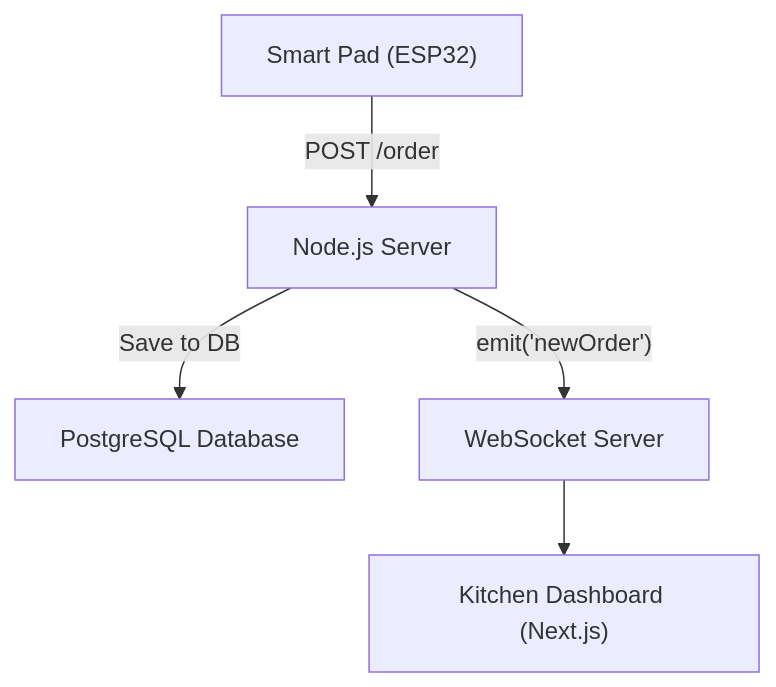
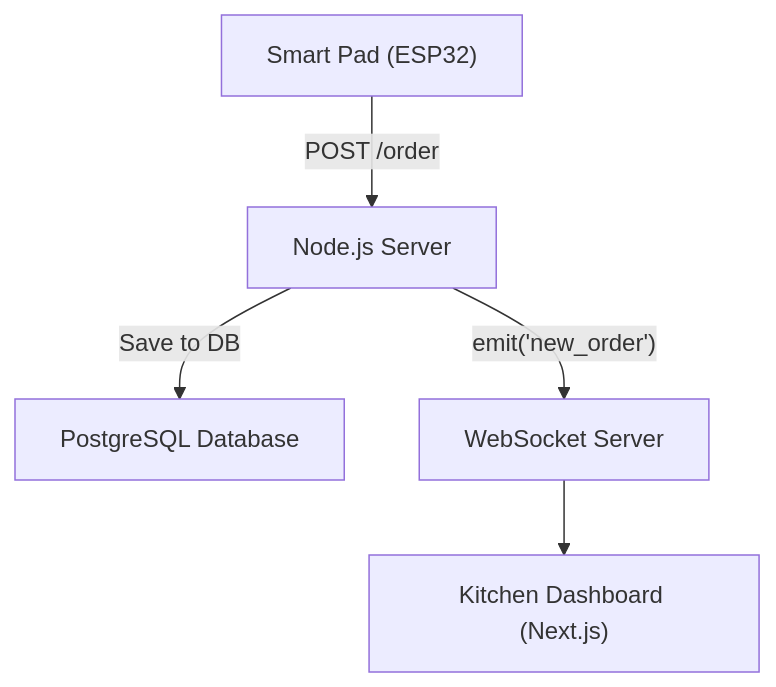
The first of 2 diagrams in README.md (sarwat33/Team-Shockwave-in-MIE-Robolution), drawn with Mermaid before and after one commit. The commit also changed other lines of this file, not shown here.

````diff
--- a/README.md
+++ b/README.md
@@ -112,7 +106,7 @@
 ```mermaid
 graph TD
     A["Smart Pad (ESP32)"] -->|"POST /order"| B["Node.js Server"]
     B -->|"Save to DB"| C["PostgreSQL Database"]
-    B -->|"emit('newOrder')"| D["WebSocket Server"]
+    B -->|"emit('new_order')"| D["WebSocket Server"]
     D --> E["Kitchen Dashboard (Next.js)"]
 ```
````
